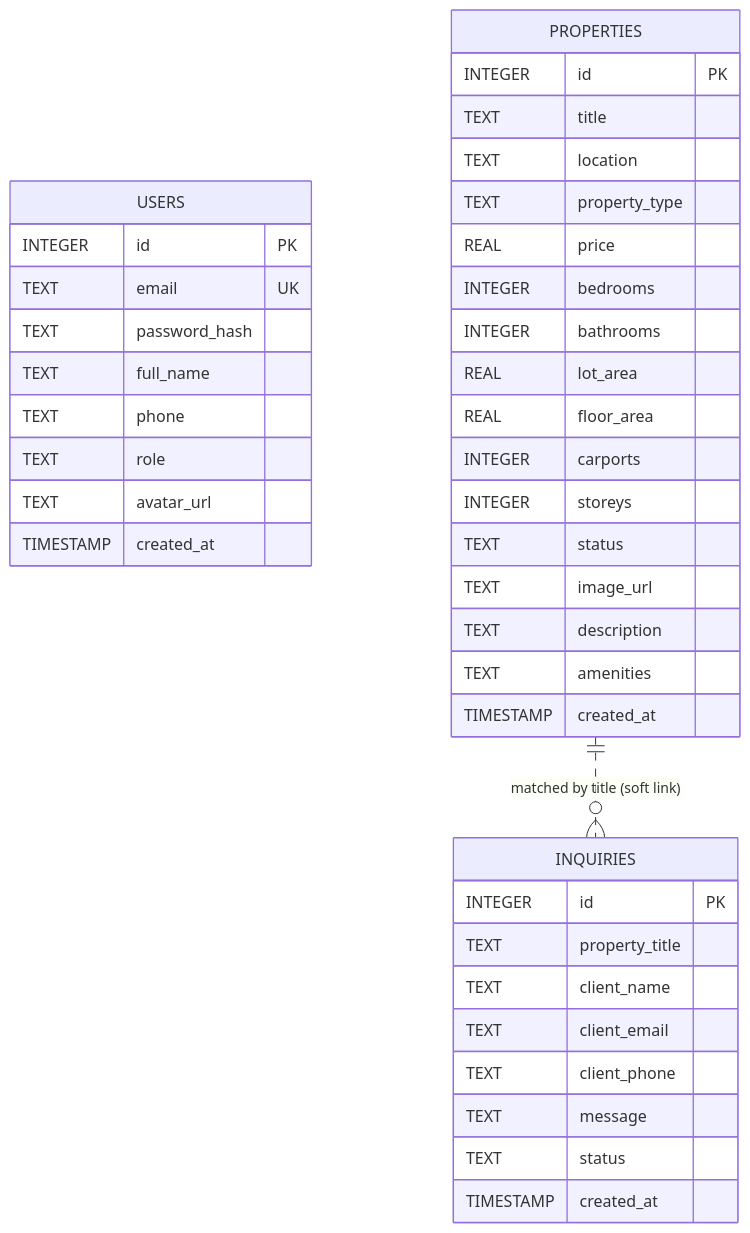
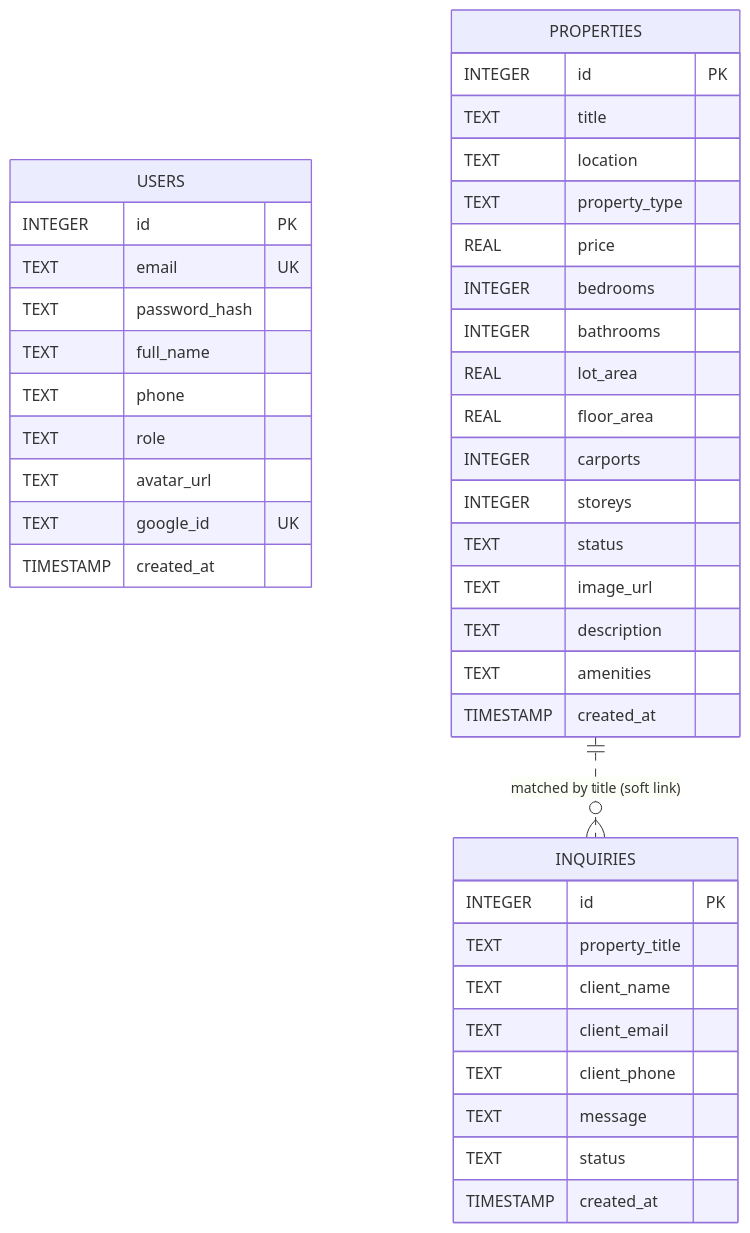
The second of 3 diagrams in DATABASE.md (Gianeuz/UrbanScope), drawn with Mermaid before and after one commit. The commit also changed other lines of this file and 16 other files, not shown here.

````diff
--- a/DATABASE.md
+++ b/DATABASE.md
@@ -41,42 +41,43 @@
 ```mermaid
 erDiagram
     USERS {
         INTEGER id PK
         TEXT email UK
         TEXT password_hash
         TEXT full_name
         TEXT phone
         TEXT role
         TEXT avatar_url
+        TEXT google_id UK
         TIMESTAMP created_at
     }
     PROPERTIES {
         INTEGER id PK
         TEXT title
         TEXT location
         TEXT property_type
         REAL price
         INTEGER bedrooms
         INTEGER bathrooms
         REAL lot_area
         REAL floor_area
         INTEGER carports
         INTEGER storeys
         TEXT status
         TEXT image_url
         TEXT description
         TEXT amenities
         TIMESTAMP created_at
     }
     INQUIRIES {
         INTEGER id PK
         TEXT property_title
         TEXT client_name
         TEXT client_email
         TEXT client_phone
         TEXT message
         TEXT status
         TIMESTAMP created_at
     }
     PROPERTIES ||..o{ INQUIRIES : "matched by title (soft link)"
 ```
````
